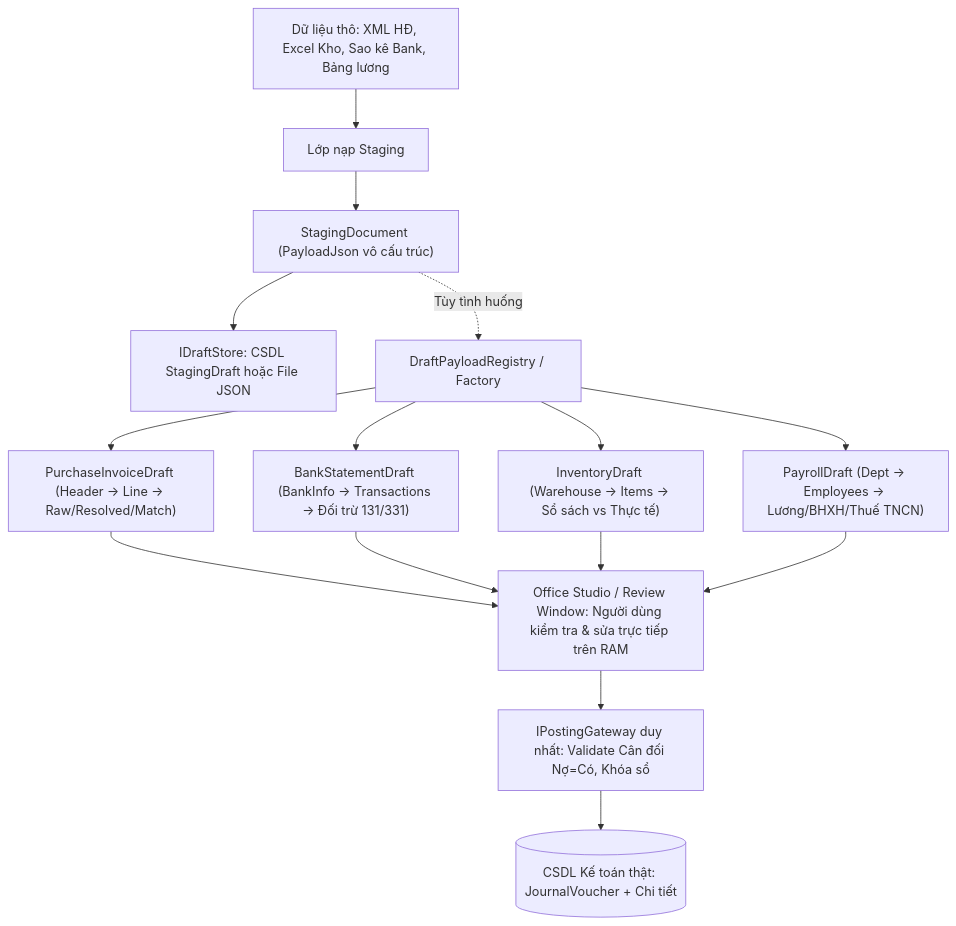
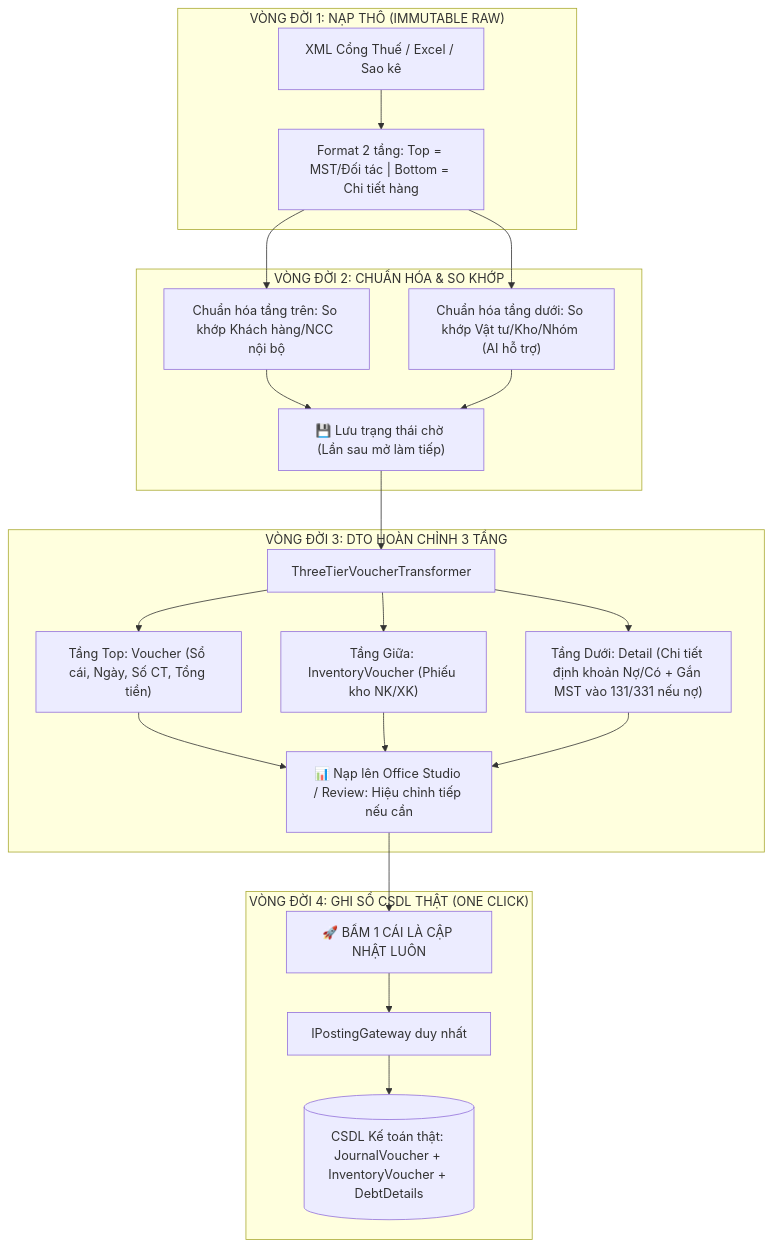
Before and after one commit to cuongdongngac/newaccnet: the diagram in .ai_context/AI/Staging_SchemaLess_Architecture.md, drawn with Mermaid. The commit also changed other lines of this file and 6 other files, not shown here.

Commit message:
feat(staging): implement immutable staging lifecycle (1-tier, 2-tier, 3-tier voucher), resume checkpoints and debt detail integration

````diff
--- a/.ai_context/AI/Staging_SchemaLess_Architecture.md
+++ b/.ai_context/AI/Staging_SchemaLess_Architecture.md
@@ -54,17 +51,26 @@
 ```mermaid
 flowchart TD
-    Raw[Dữ liệu thô: XML HĐ, Excel Kho, Sao kê Bank, Bảng lương] --> Ingestion[Lớp nạp Staging]
-    Ingestion --> Doc["StagingDocument (PayloadJson vô cấu trúc)"]
-    Doc --> Store[IDraftStore: CSDL StagingDraft hoặc File JSON]
-    
-    Doc -. Tùy tình huống .-> Registry[DraftPayloadRegistry / Factory]
-    
-    Registry --> DTO1["PurchaseInvoiceDraft (Header -> Line -> Raw/Resolved/Match)"]
-    Registry --> DTO2["BankStatementDraft (BankInfo -> Transactions -> Đối trừ 131/331)"]
-    Registry --> DTO3["InventoryDraft (Warehouse -> Items -> Sổ sách vs Thực tế)"]
-    Registry --> DTO4["PayrollDraft (Dept -> Employees -> Lương/BHXH/Thuế TNCN)"]
-    
-    DTO1 & DTO2 & DTO3 & DTO4 --> Studio[Office Studio / Review Window: Người dùng kiểm tra & sửa trực tiếp trên RAM]
-    Studio --> Gate[IPostingGateway duy nhất: Validate Cân đối Nợ=Có, Khóa sổ]
-    Gate --> MasterDB[(CSDL Kế toán thật: JournalVoucher + Chi tiết)]
+    subgraph S1["VÒNG ĐỜI 1: NẠP THÔ (IMMUTABLE RAW)"]
+        RawXml["XML Cổng Thuế / Excel / Sao kê"] --> Tier2["Format 2 tầng: Top = MST/Đối tác | Bottom = Chi tiết hàng"]
+    end
+
+    subgraph S2["VÒNG ĐỜI 2: CHUẨN HÓA & SO KHỚP"]
+        Tier2 --> MapTop["Chuẩn hóa tầng trên: So khớp Khách hàng/NCC nội bộ"]
+        Tier2 --> MapBottom["Chuẩn hóa tầng dưới: So khớp Vật tư/Kho/Nhóm (AI hỗ trợ)"]
+        MapTop & MapBottom --> Checkpoint2["💾 Lưu trạng thái chờ (Lần sau mở làm tiếp)"]
+    end
+
+    subgraph S3["VÒNG ĐỜI 3: DTO HOÀN CHỈNH 3 TẦNG"]
+        Checkpoint2 --> Transform["ThreeTierVoucherTransformer"]
+        Transform --> T1["Tầng Top: Voucher (Sổ cái, Ngày, Số CT, Tổng tiền)"]
+        Transform --> T2["Tầng Giữa: InventoryVoucher (Phiếu kho NK/XK)"]
+        Transform --> T3["Tầng Dưới: Detail (Chi tiết định khoản Nợ/Có + Gắn MST vào 131/331 nếu nợ)"]
+        T1 & T2 & T3 --> Studio["📊 Nạp lên Office Studio / Review: Hiệu chỉnh tiếp nếu cần"]
+    end
+
+    subgraph S4["VÒNG ĐỜI 4: GHI SỔ CSDL THẬT (ONE CLICK)"]
+        Studio --> Button["🚀 BẤM 1 CÁI LÀ CẬP NHẬT LUÔN"]
+        Button --> Gateway["IPostingGateway duy nhất"]
+        Gateway --> RealDB[("CSDL Kế toán thật: JournalVoucher + InventoryVoucher + DebtDetails")]
+    end
 ```
````
